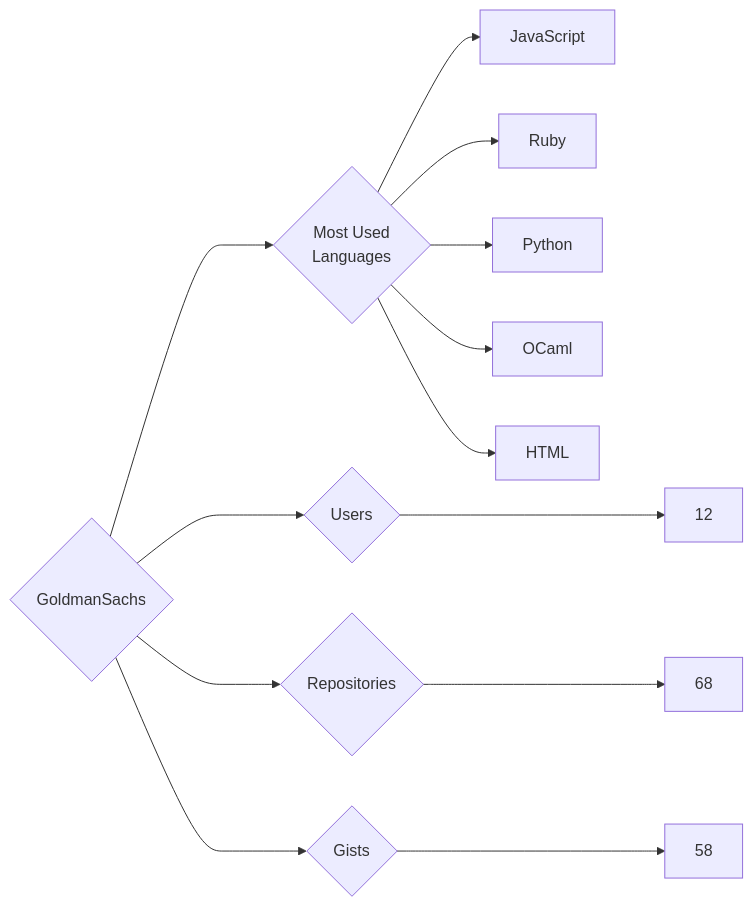
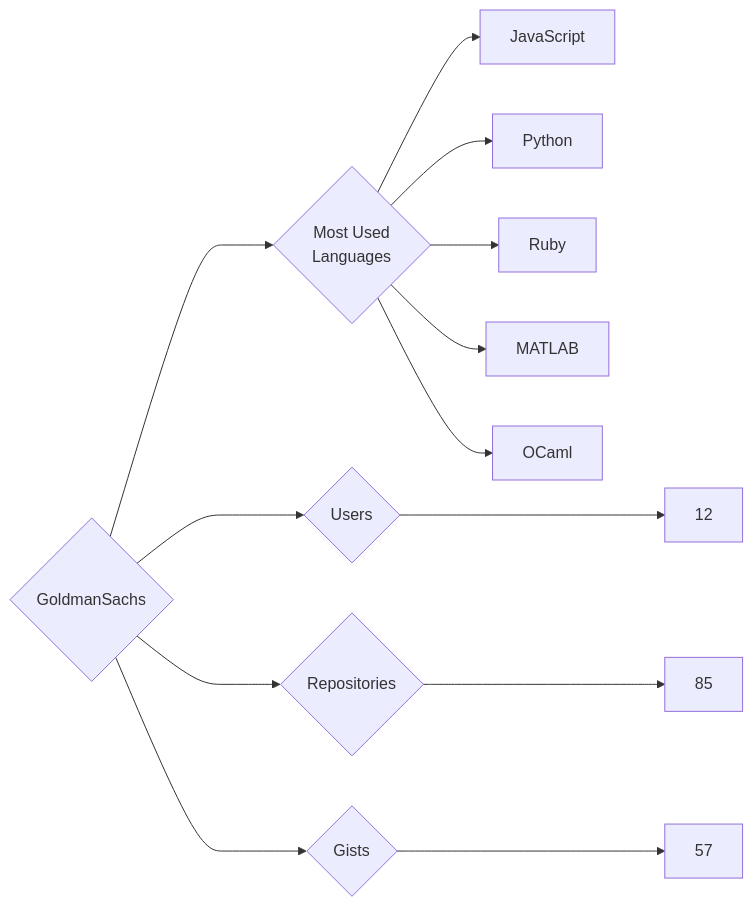
One commit to trickest/insiders changed the diagram in targets/GoldmanSachs/README.md. Above: the diagram before and after it, drawn with Mermaid. The commit also changed 640 other files, not shown here.

````diff
--- a/targets/GoldmanSachs/README.md
+++ b/targets/GoldmanSachs/README.md
@@ -3,13 +3,13 @@
 ```mermaid
 graph LR
 COMPANY_NAME{GoldmanSachs}
 COMPANY_NAME ---> U{Users} ---> UN[12]
-COMPANY_NAME ---> R{Repositories} ---> RN[68]
-COMPANY_NAME ---> G{Gists} ---> GN[58]
+COMPANY_NAME ---> R{Repositories} ---> RN[85]
+COMPANY_NAME ---> G{Gists} ---> GN[57]
 COMPANY_NAME ---> ML{Most Used<br>Languages}
 ML --> JavaScript[JavaScript]
+ML --> Python[Python]
 ML --> Ruby[Ruby]
-ML --> Python[Python]
+ML --> MATLAB[MATLAB]
 ML --> OCaml[OCaml]
-ML --> HTML[HTML]
 ```
````
